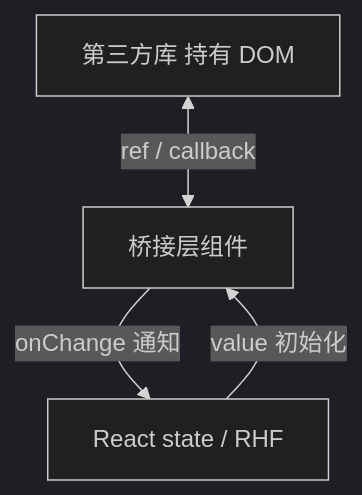
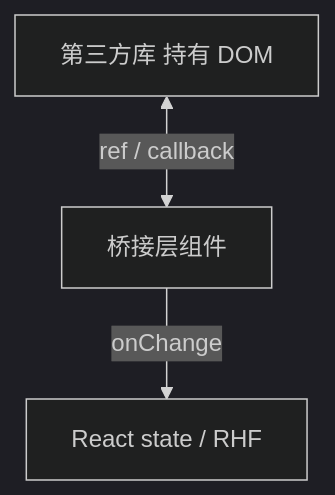
One commit to YancyZ/Knowledge-base changed the second of 2 diagrams in 前端框架篇/React/04-事件与表单/04-复杂交互-拖拽-上传-富文本.md. Above: the diagram before and after it, drawn with Mermaid (dark theme). The commit also changed other lines of this file and 224 other files, not shown here.

````diff
--- a/前端框架篇/React/04-事件与表单/04-复杂交互-拖拽-上传-富文本.md
+++ b/前端框架篇/React/04-事件与表单/04-复杂交互-拖拽-上传-富文本.md
@@ -272,7 +113,6 @@
 ```mermaid
 flowchart TB
   Lib[第三方库 持有 DOM]
   Lib <-->|ref / callback| Bridge[桥接层组件]
-  Bridge -->|onChange 通知| State[React state / RHF]
-  State -->|value 初始化| Bridge
+  Bridge -->|onChange| State[React state / RHF]
 ```
````
